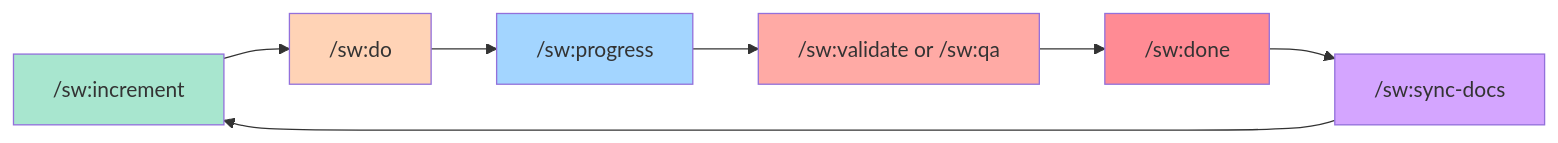
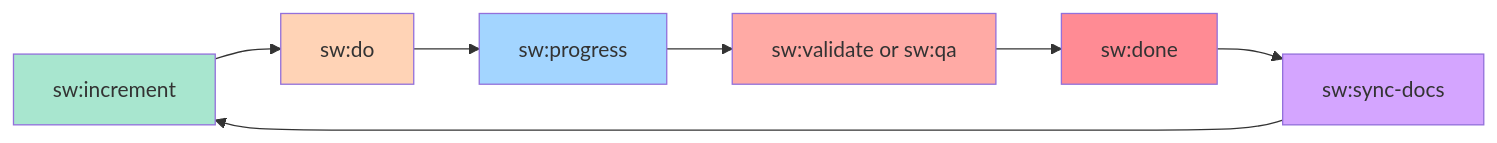
Before and after one commit to anton-abyzov/specweave: the diagram in docs-site/docs/commands/overview.md, drawn with Mermaid. The commit also changed other lines of this file and 328 other files, not shown here.

````diff
--- a/docs-site/docs/commands/overview.md
+++ b/docs-site/docs/commands/overview.md
@@ -23,16 +23,16 @@
 ```mermaid
 graph LR
-    A["/sw:increment"] --> B["/sw:do"]
-    B --> C["/sw:progress"]
-    C --> D["/sw:validate or /sw:qa"]
-    D --> E["/sw:done"]
-    E --> F["/sw:sync-docs"]
+    A["sw:increment"] --> B["sw:do"]
+    B --> C["sw:progress"]
+    C --> D["sw:validate or sw:qa"]
+    D --> E["sw:done"]
+    E --> F["sw:sync-docs"]
     F --> A
 
     style A fill:#a8e6cf
     style B fill:#ffd3b6
     style C fill:#a3d5ff
     style D fill:#ffaaa5
     style E fill:#ff8b94
     style F fill:#d4a5ff
 ```
````
